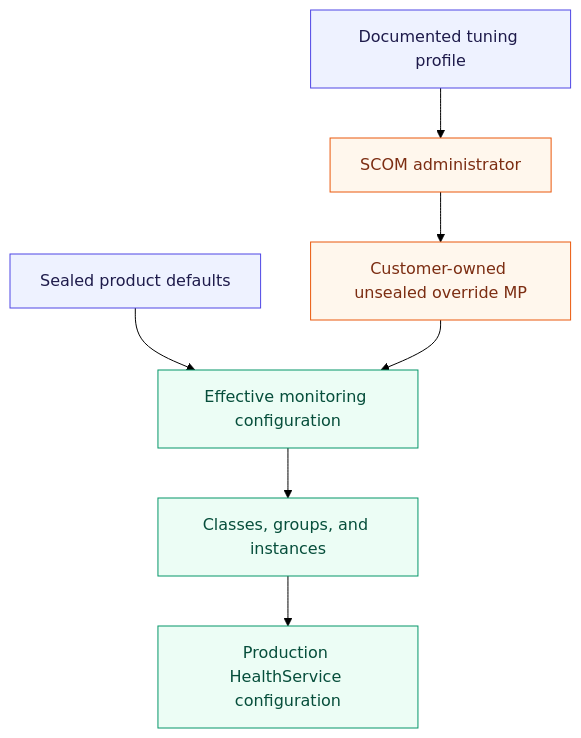
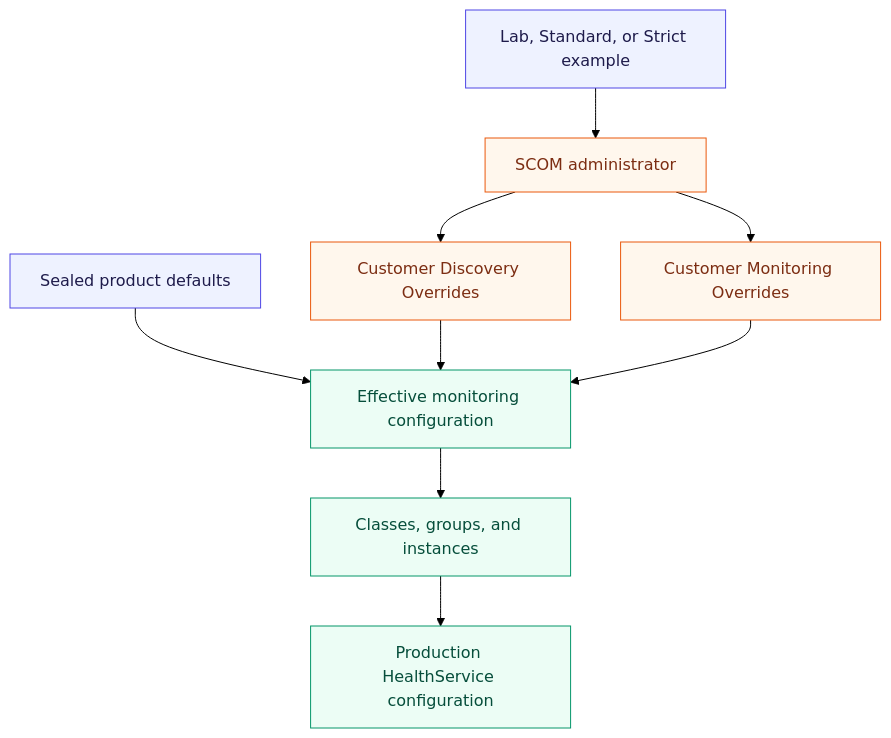
The third of 4 diagrams in docs/design/hyper-v/management-pack-structure.md (AzureLocal/azurelocal-scom-mp), drawn with Mermaid (forest theme) before and after one commit. The commit also changed other lines of this file and 43 other files, not shown here.

````diff
--- a/docs/design/hyper-v/management-pack-structure.md
+++ b/docs/design/hyper-v/management-pack-structure.md
@@ -90,16 +92,18 @@
 ```mermaid
 flowchart TD
     DEFAULT[Sealed product defaults] --> EFFECTIVE[Effective monitoring configuration]
-    TIER[Documented tuning profile] --> ADMIN[SCOM administrator]
-    ADMIN --> OVR[Customer-owned unsealed override MP]
-    OVR --> EFFECTIVE
+    TIER[Lab, Standard, or Strict example] --> ADMIN[SCOM administrator]
+    ADMIN --> DOVR[Customer Discovery Overrides]
+    ADMIN --> MOVR[Customer Monitoring Overrides]
+    DOVR --> EFFECTIVE
+    MOVR --> EFFECTIVE
     EFFECTIVE --> TARGETS[Classes, groups, and instances]
     TARGETS --> PROD[Production HealthService configuration]
 
     classDef sealed fill:#eef2ff,stroke:#4f46e5,color:#1e1b4b
     classDef customer fill:#fff7ed,stroke:#ea580c,color:#7c2d12
     classDef runtime fill:#ecfdf5,stroke:#059669,color:#064e3b
     class DEFAULT,TIER sealed
-    class ADMIN,OVR customer
+    class ADMIN,DOVR,MOVR customer
     class EFFECTIVE,TARGETS,PROD runtime
 ```
````
